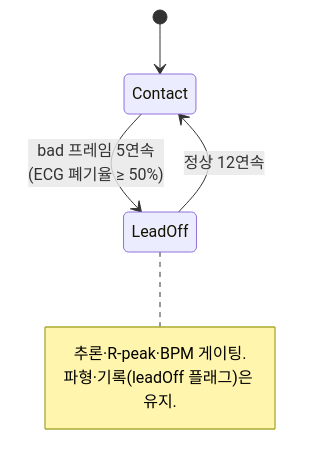
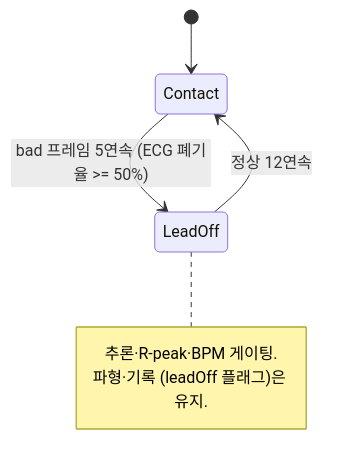
Before and after one commit to h4xryu/ECG-Realtime-monitor: diagram 11 of 12 in docs/DESIGN_SPEC.md, drawn with Mermaid. The commit also changed other lines of this file, not shown here.

````diff
--- a/docs/DESIGN_SPEC.md
+++ b/docs/DESIGN_SPEC.md
@@ -455,10 +651,10 @@
 ```mermaid
 stateDiagram-v2
   [*] --> Contact
-  Contact --> LeadOff : bad 프레임 5연속<br/>(ECG 폐기율 ≥ 50%)
+  Contact --> LeadOff : bad 프레임 5연속 (ECG 폐기율 >= 50%)
   LeadOff --> Contact : 정상 12연속
   note right of LeadOff
     추론·R-peak·BPM 게이팅.
-    파형·기록(leadOff 플래그)은 유지.
+    파형·기록 (leadOff 플래그)은 유지.
   end note
 ```
````
